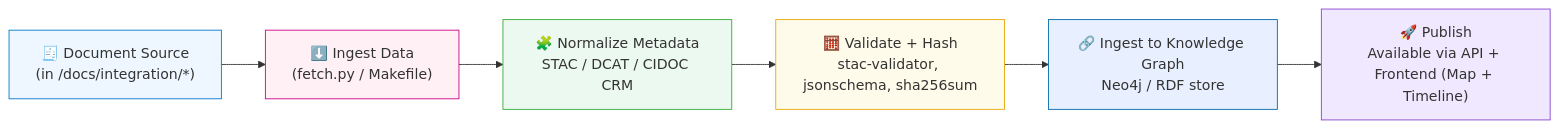
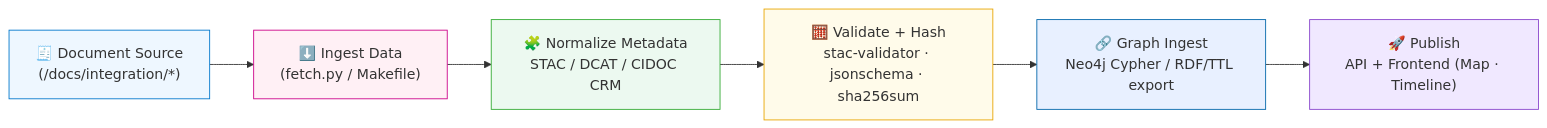
One commit to bartytime4life/Kansas-Frontier-Matrix changed the diagram in docs/integration/README.md. Above: the diagram before and after it, drawn with Mermaid. The commit also changed other lines of this file, not shown here.

First line of the commit message:
Revise integration documentation for clarity and compliance

````diff
--- a/docs/integration/README.md
+++ b/docs/integration/README.md
@@ -73,15 +122,16 @@
 ```mermaid
 flowchart LR
-    A["🧾 Document Source<br/>(in /docs/integration/*)"] --> B["⬇️ Ingest Data<br/>(fetch.py / Makefile)"]
+    A["🧾 Document Source<br/>(/docs/integration/*)"] --> B["⬇️ Ingest Data<br/>(fetch.py / Makefile)"]
     B --> C["🧩 Normalize Metadata<br/>STAC / DCAT / CIDOC CRM"]
-    C --> D["🧮 Validate + Hash<br/>stac-validator, jsonschema, sha256sum"]
-    D --> E["🔗 Ingest to Knowledge Graph<br/>Neo4j / RDF store"]
-    E --> F["🚀 Publish<br/>Available via API + Frontend (Map + Timeline)"]
+    C --> D["🧮 Validate + Hash<br/>stac-validator · jsonschema · sha256sum"]
+    D --> E["🔗 Graph Ingest<br/>Neo4j Cypher / RDF/TTL export"]
+    E --> F["🚀 Publish<br/>API + Frontend (Map · Timeline)"]
 
     style A fill:#eef7ff,stroke:#0077cc
     style B fill:#fff0f5,stroke:#cc0088
     style C fill:#ecf9f0,stroke:#33aa33
     style D fill:#fffbea,stroke:#e8a500
     style E fill:#e8f0ff,stroke:#0066aa
     style F fill:#f0e8ff,stroke:#8844cc
+%% END OF MERMAID
 ```
````
